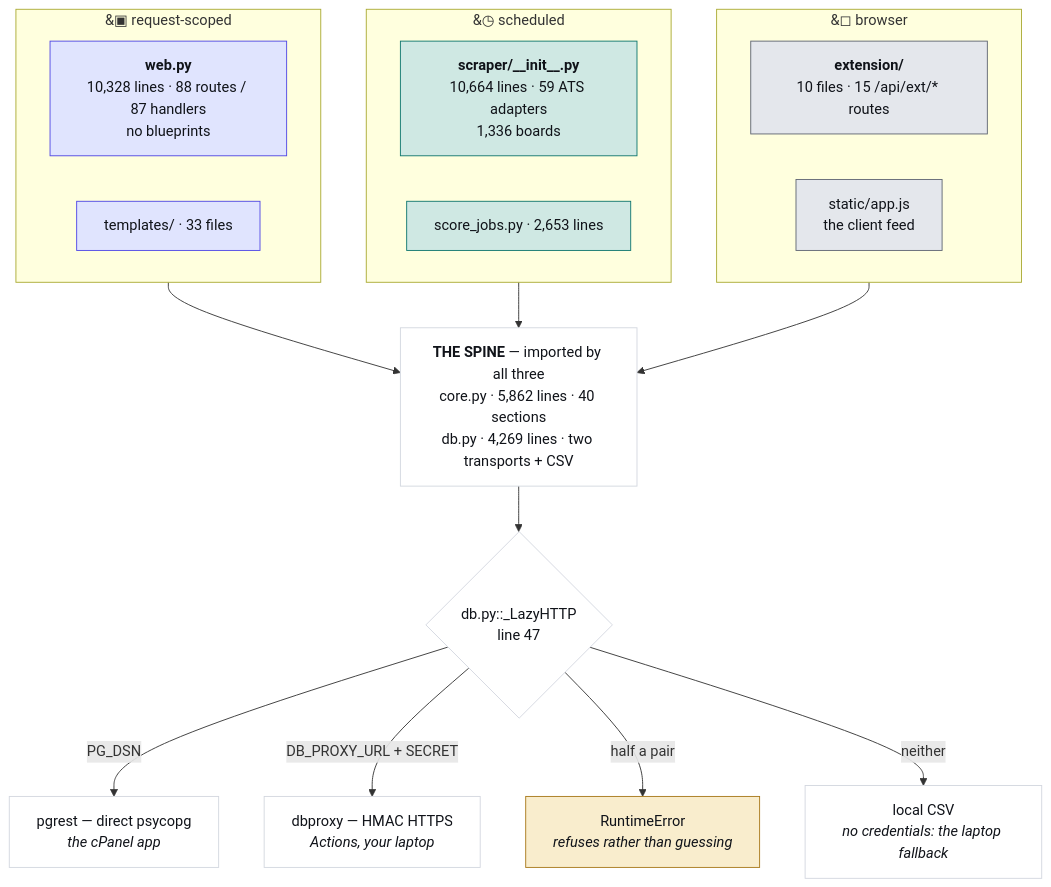
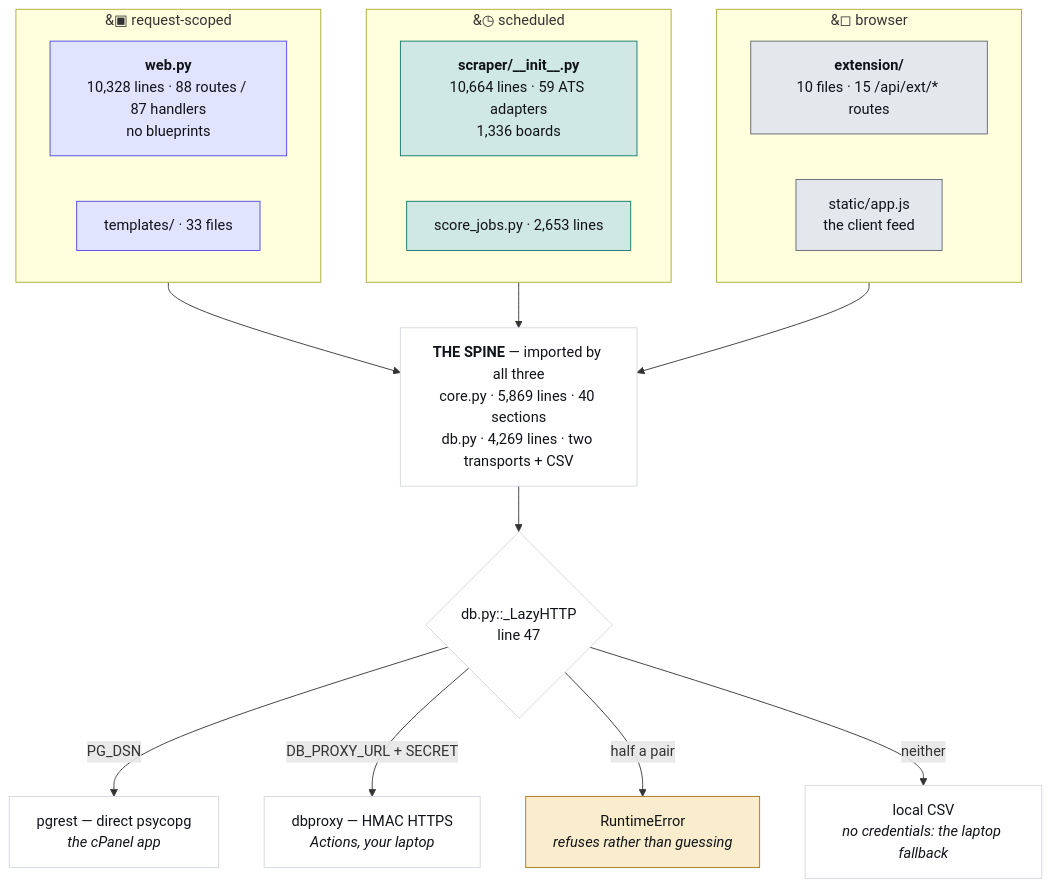
One commit to hadakunal909-debug/job-search-tool changed the first of 4 diagrams in JobMatch Scraper/docs/ARCHITECTURE.md. Above: the diagram before and after it, drawn with Mermaid. The commit also changed other lines of this file and 11 other files, not shown here.

````diff
--- a/JobMatch Scraper/docs/ARCHITECTURE.md
+++ b/JobMatch Scraper/docs/ARCHITECTURE.md
@@ -48,34 +48,34 @@
 ```mermaid
 flowchart TB
   subgraph REQ["&#9635; request-scoped"]
     W["<b>web.py</b><br/>10,328 lines · 88 routes / 87 handlers<br/>no blueprints"]
     T["templates/ · 33 files"]
   end
   subgraph SCH["&#9719; scheduled"]
     S["<b>scraper/__init__.py</b><br/>10,664 lines · 59 ATS adapters<br/>1,336 boards"]
     J["score_jobs.py · 2,653 lines"]
   end
   subgraph CLI["&#9723; browser"]
     E["<b>extension/</b><br/>10 files · 15 /api/ext/* routes"]
     A["static/app.js<br/>the client feed"]
   end
-  SPINE["<b>THE SPINE</b> — imported by all three<br/>core.py · 5,862 lines · 40 sections<br/>db.py · 4,269 lines · two transports + CSV"]
+  SPINE["<b>THE SPINE</b> — imported by all three<br/>core.py · 5,869 lines · 40 sections<br/>db.py · 4,269 lines · two transports + CSV"]
   REQ --> SPINE
   SCH --> SPINE
   CLI --> SPINE
   SPINE --> D{"db.py::_LazyHTTP<br/>line 47"}
   D -->|"PG_DSN"| P["pgrest — direct psycopg<br/><i>the cPanel app</i>"]
   D -->|"DB_PROXY_URL + SECRET"| X["dbproxy — HMAC HTTPS<br/><i>Actions, your laptop</i>"]
   D -->|"half a pair"| R["RuntimeError<br/><i>refuses rather than guessing</i>"]
   D -->|"neither"| V["local CSV<br/><i>no credentials: the laptop fallback</i>"]
   classDef web fill:#e0e4fe,stroke:#4f46e5,color:#101319
   classDef sched fill:#cfe8e3,stroke:#0f766e,color:#101319
   classDef client fill:#e4e7ec,stroke:#5f6573,color:#101319
   classDef trap fill:#f9edcd,stroke:#a8781a,color:#101319
   classDef plain fill:#ffffff,stroke:#d3d7df,color:#101319
   class W,T web
   class S,J sched
   class E,A client
   class R trap
   class SPINE,D,P,X,V plain
 ```
````
